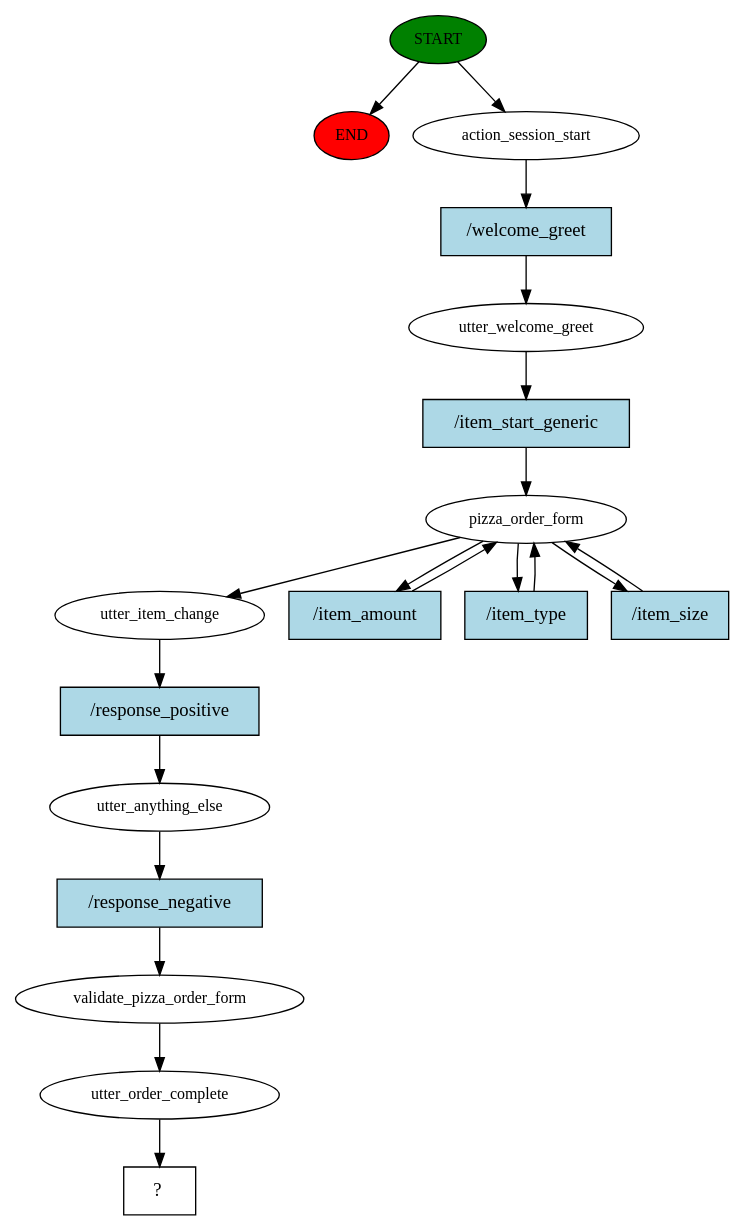
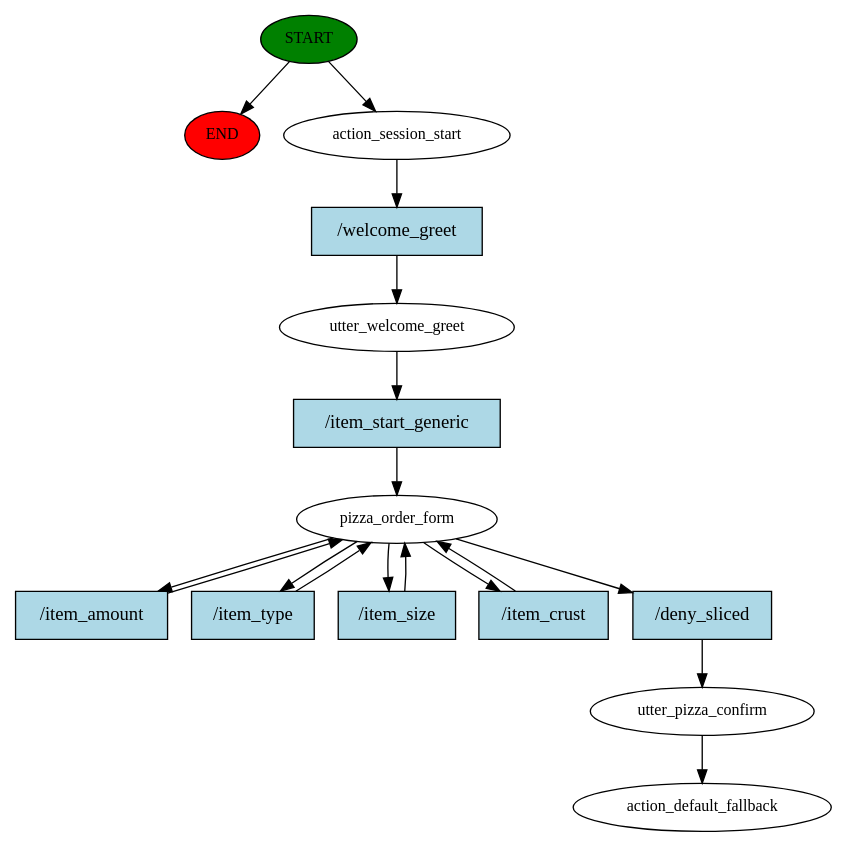
The diagram in story_graph.dot (pasterzewa/HMD-PizzaBot-project), drawn with Graphviz before and after one commit. The commit also changed 182 other files, not shown here.

```diff
--- a/story_graph.dot
+++ b/story_graph.dot
@@ -1,38 +1,33 @@
 digraph  {
 0 [class="start active", fillcolor=green, fontsize=12, label=START, style=filled];
 "-1" [class=end, fillcolor=red, fontsize=12, label=END, style=filled];
 1 [class=active, fontsize=12, label=action_session_start];
 2 [class=active, fontsize=12, label=utter_welcome_greet];
 3 [class=active, fontsize=12, label=pizza_order_form];
-7 [class=active, fontsize=12, label=utter_item_change];
-8 [class=active, fontsize=12, label=utter_anything_else];
-9 [class=active, fontsize=12, label=validate_pizza_order_form];
-10 [class=active, fontsize=12, label=utter_order_complete];
-11 [class="intent dashed active", label="  ?  ", shape=rect];
-12 [class="intent active", fillcolor=lightblue, label="/welcome_greet", shape=rect, style=filled];
-13 [class="intent active", fillcolor=lightblue, label="/item_start_generic", shape=rect, style=filled];
-14 [class="intent active", fillcolor=lightblue, label="/item_amount", shape=rect, style=filled];
-15 [class="intent active", fillcolor=lightblue, label="/item_type", shape=rect, style=filled];
-16 [class="intent active", fillcolor=lightblue, label="/item_size", shape=rect, style=filled];
-17 [class="intent active", fillcolor=lightblue, label="/response_positive", shape=rect, style=filled];
-18 [class="intent active", fillcolor=lightblue, label="/response_negative", shape=rect, style=filled];
+8 [class=active, fontsize=12, label=utter_pizza_confirm];
+9 [class="dashed active", fontsize=12, label=action_default_fallback];
+10 [class="intent active", fillcolor=lightblue, label="/welcome_greet", shape=rect, style=filled];
+11 [class="intent active", fillcolor=lightblue, label="/item_start_generic", shape=rect, style=filled];
+12 [class="intent active", fillcolor=lightblue, label="/item_amount", shape=rect, style=filled];
+13 [class="intent active", fillcolor=lightblue, label="/item_type", shape=rect, style=filled];
+14 [class="intent active", fillcolor=lightblue, label="/item_size", shape=rect, style=filled];
+15 [class="intent active", fillcolor=lightblue, label="/item_crust", shape=rect, style=filled];
+16 [class="intent active", fillcolor=lightblue, label="/deny_sliced", shape=rect, style=filled];
 0 -> "-1"  [class="", key=NONE, label=""];
 0 -> 1  [class=active, key=NONE, label=""];
-1 -> 12  [class=active, key=0];
-2 -> 13  [class=active, key=0];
-3 -> 7  [class=active, key=NONE, label=""];
+1 -> 10  [class=active, key=0];
+2 -> 11  [class=active, key=0];
+3 -> 12  [class=active, key=0];
+3 -> 13  [class=active, key=0];
 3 -> 14  [class=active, key=0];
 3 -> 15  [class=active, key=0];
 3 -> 16  [class=active, key=0];
-7 -> 17  [class=active, key=0];
-8 -> 18  [class=active, key=0];
-9 -> 10  [class=active, key=NONE, label=""];
-10 -> 11  [class=active, key=NONE, label=""];
-12 -> 2  [class=active, key=0];
+8 -> 9  [class=active, key=NONE, label=""];
+10 -> 2  [class=active, key=0];
+11 -> 3  [class=active, key=0];
+12 -> 3  [class=active, key=0];
 13 -> 3  [class=active, key=0];
 14 -> 3  [class=active, key=0];
 15 -> 3  [class=active, key=0];
-16 -> 3  [class=active, key=0];
-17 -> 8  [class=active, key=0];
-18 -> 9  [class=active, key=0];
+16 -> 8  [class=active, key=0];
 }
```
